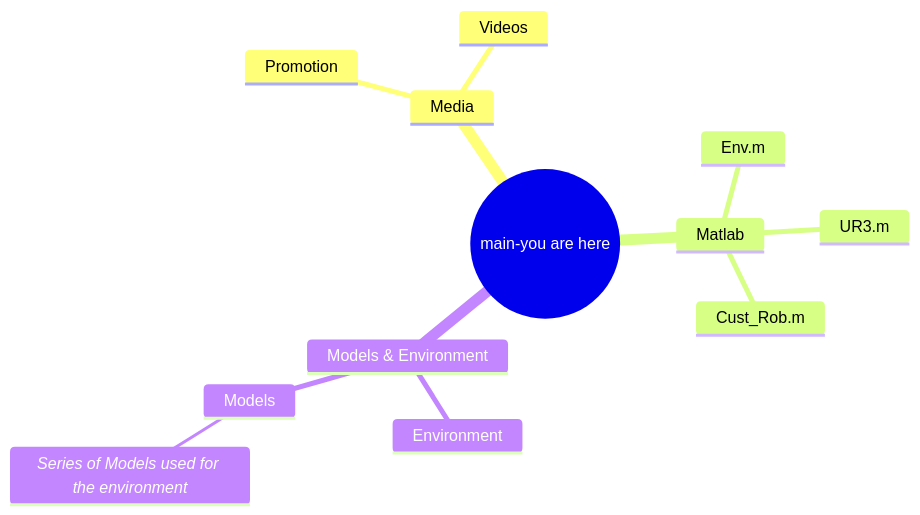
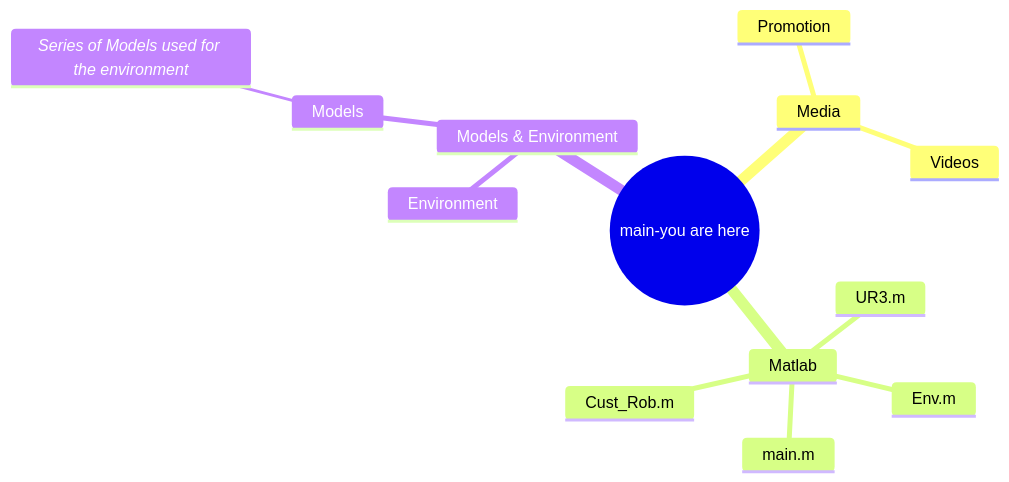
One commit to Codebetterordietrying/INDR_A2 changed the diagram in README.md. Above: the diagram before and after it, drawn with Mermaid. The commit also changed other lines of this file, not shown here.

````diff
--- a/README.md
+++ b/README.md
@@ -26,16 +28,17 @@
 ```mermaid
 mindmap
   root((main-you are here))
     Media
       Promotion
       Videos
     Matlab
+      main.m
       Env.m
       UR3.m
       Cust_Rob.m
     Models & Environment
       Environment
       Models
         *Series of Models used for the environment*
 
 ```
````
